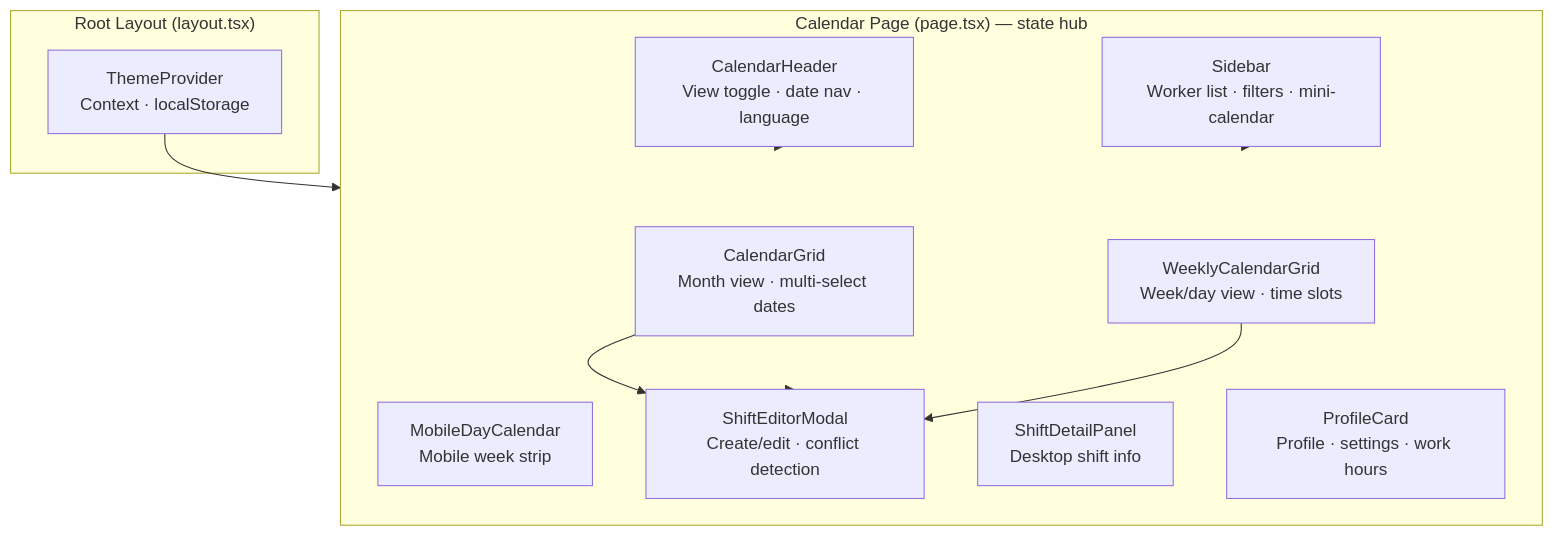
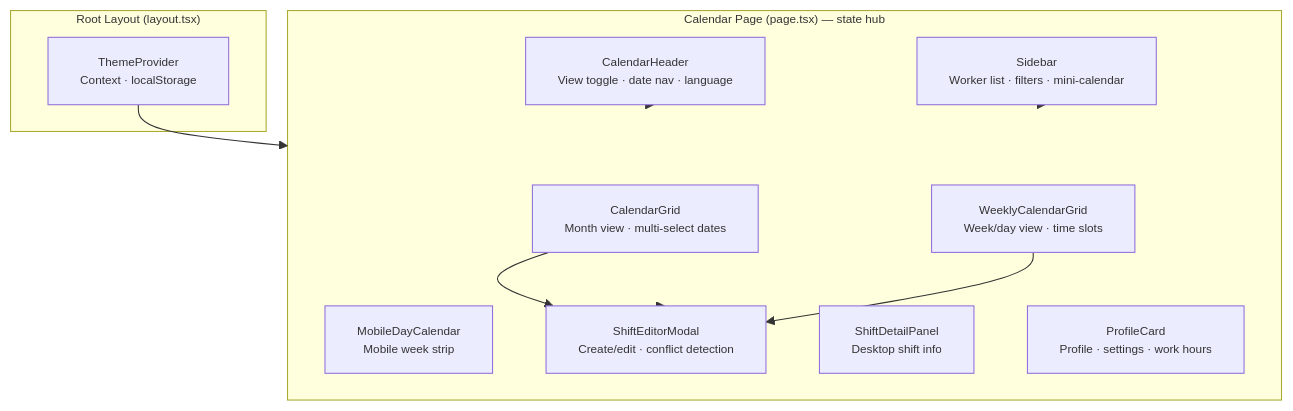
One commit to Fittable/frontend changed the third of 3 diagrams in README.md. Above: the diagram before and after it, drawn with Mermaid. The commit also changed other lines of this file, not shown here.

Commit message:
docs: reduce diagram font size for compact rendering

````diff
--- a/README.md
+++ b/README.md
@@ -150,24 +152,25 @@
 ```mermaid
+%%{init: {'themeVariables': {'fontSize': '11px'}}}%%
 graph TD
     subgraph layout["Root Layout (layout.tsx)"]
         TP["ThemeProvider\nContext · localStorage"]
     end
 
     subgraph calendar["Calendar Page (page.tsx) — state hub"]
         CH["CalendarHeader\nView toggle · date nav · language"]
         SB["Sidebar\nWorker list · filters · mini-calendar"]
         CG["CalendarGrid\nMonth view · multi-select dates"]
         WG["WeeklyCalendarGrid\nWeek/day view · time slots"]
         MC["MobileDayCalendar\nMobile week strip"]
         SEM["ShiftEditorModal\nCreate/edit · conflict detection"]
         SDP["ShiftDetailPanel\nDesktop shift info"]
         PC["ProfileCard\nProfile · settings · work hours"]
     end
 
     TP --> calendar
     CH --> calendar
     SB --> calendar
     CG --> SEM
     WG --> SEM
     SEM --> calendar
 ```
````
